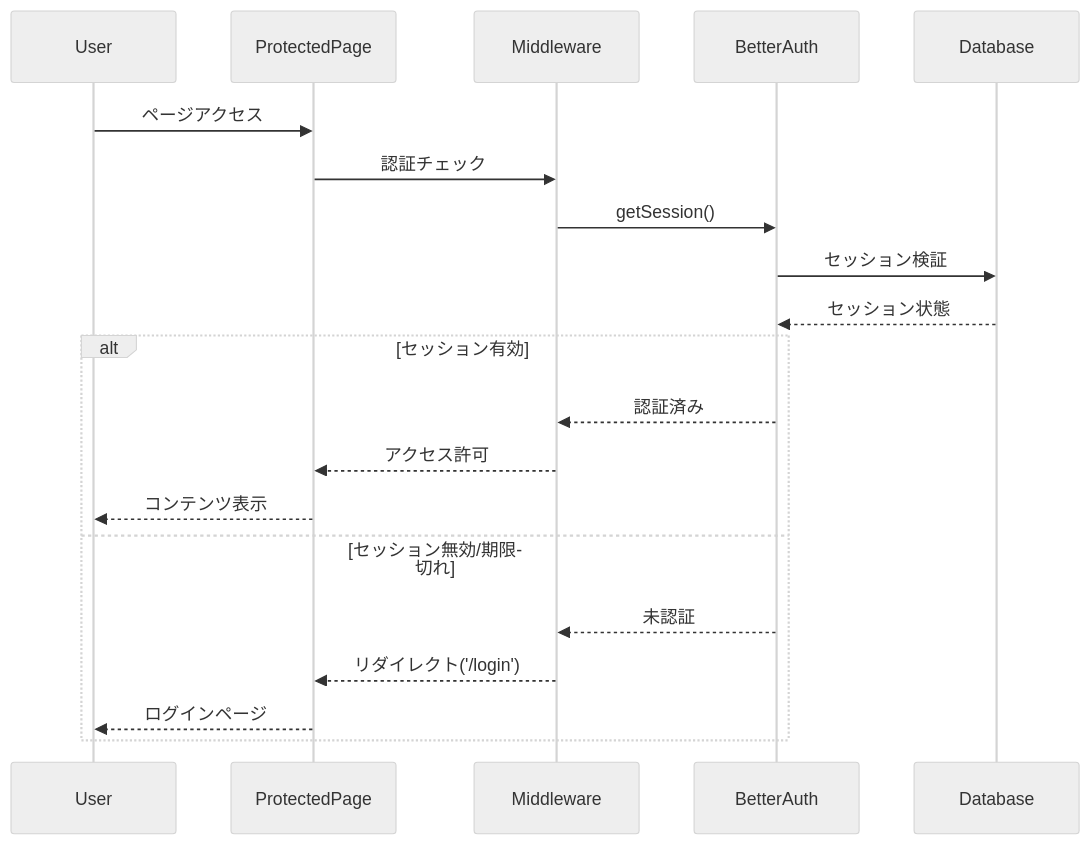
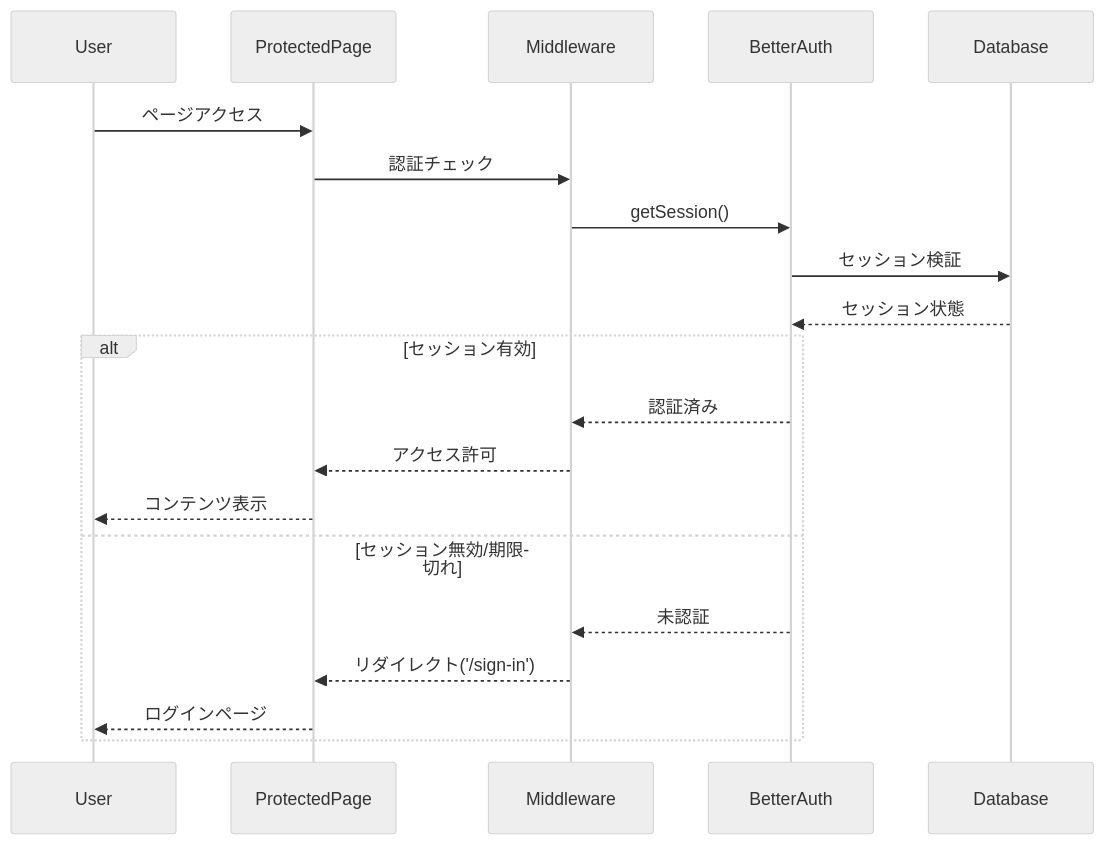
The fourth of 8 diagrams in .kiro/specs/email-password-auth/design.md (sc30gsw/my-reading-management-app), drawn with Mermaid (neutral theme) before and after one commit. The commit also changed other lines of this file and 16 other files, not shown here.

Commit message:
fix: Update login route references from '/login' to '/sign-in' across the application

````diff
--- a/.kiro/specs/email-password-auth/design.md
+++ b/.kiro/specs/email-password-auth/design.md
@@ -125,24 +125,24 @@
 ```mermaid
 sequenceDiagram
     participant User
     participant ProtectedPage
     participant Middleware
     participant BetterAuth
     participant Database
     
     User->>ProtectedPage: ページアクセス
     ProtectedPage->>Middleware: 認証チェック
     Middleware->>BetterAuth: getSession()
     BetterAuth->>Database: セッション検証
     Database-->>BetterAuth: セッション状態
     
     alt セッション有効
         BetterAuth-->>Middleware: 認証済み
         Middleware-->>ProtectedPage: アクセス許可
         ProtectedPage-->>User: コンテンツ表示
     else セッション無効/期限切れ
         BetterAuth-->>Middleware: 未認証
-        Middleware-->>ProtectedPage: リダイレクト('/login')
+        Middleware-->>ProtectedPage: リダイレクト('/sign-in')
         ProtectedPage-->>User: ログインページ
     end
 ```
````
